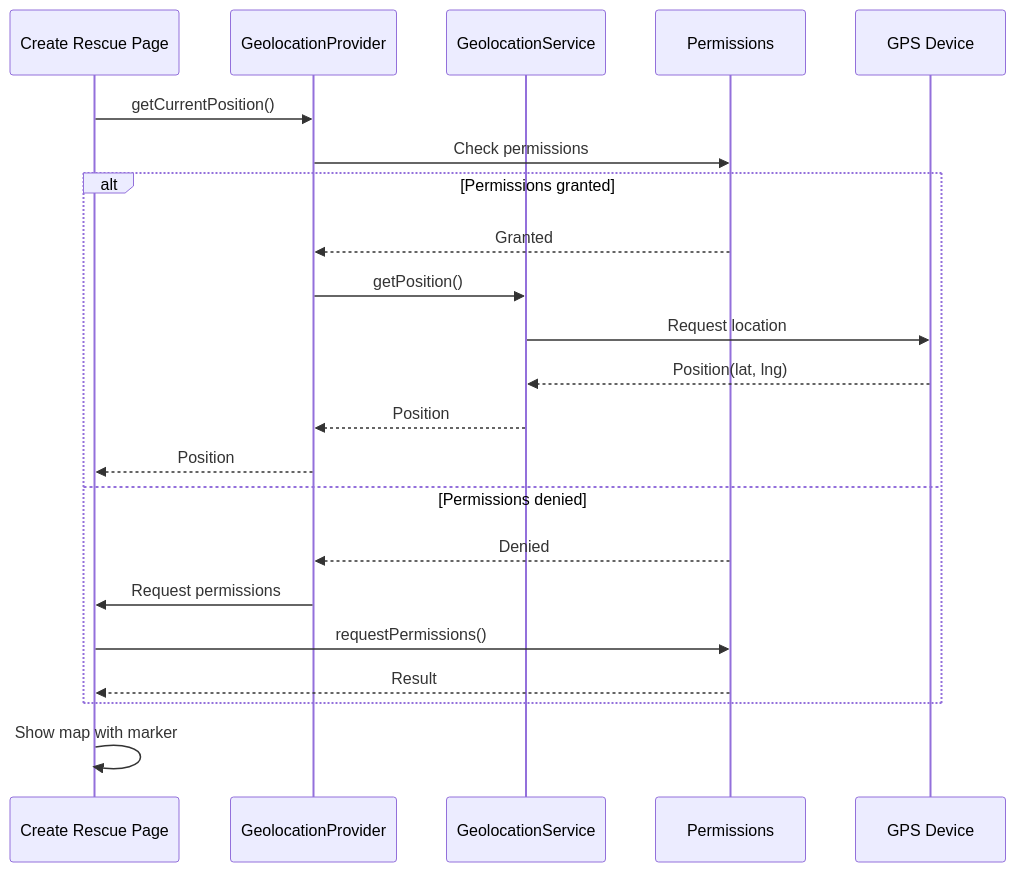
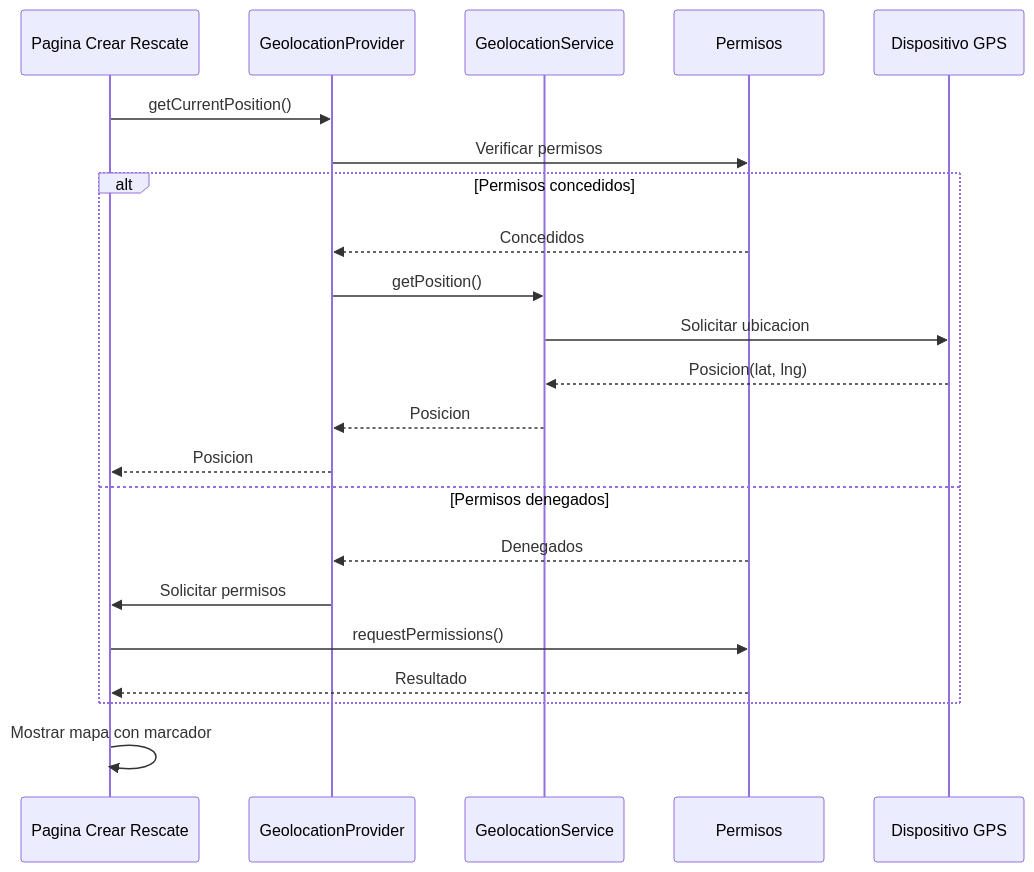
The fourth of 6 diagrams in docs/content/docs/mobile/features.md (altrupets/monorepo), drawn with Mermaid before and after one commit. The commit also changed other lines of this file and 4 other files, not shown here.

First line of the commit message:
fix(docs): simplify Mermaid diagrams to resolve rendering errors

````diff
--- a/docs/content/docs/mobile/features.md
+++ b/docs/content/docs/mobile/features.md
@@ -417,27 +417,27 @@
 ```mermaid
 sequenceDiagram
-    participant UI as Create Rescue Page
+    participant UI as Pagina Crear Rescate
     participant GP as GeolocationProvider
     participant GS as GeolocationService
-    participant Perm as Permissions
-    participant GPS as GPS Device
-    
+    participant Perm as Permisos
+    participant GPS as Dispositivo GPS
+
     UI->>GP: getCurrentPosition()
-    GP->>Perm: Check permissions
-    
-    alt Permissions granted
-        Perm-->>GP: Granted
+    GP->>Perm: Verificar permisos
+
+    alt Permisos concedidos
+        Perm-->>GP: Concedidos
         GP->>GS: getPosition()
-        GS->>GPS: Request location
-        GPS-->>GS: Position(lat, lng)
-        GS-->>GP: Position
-        GP-->>UI: Position
-    else Permissions denied
-        Perm-->>GP: Denied
-        GP->>UI: Request permissions
+        GS->>GPS: Solicitar ubicacion
+        GPS-->>GS: Posicion(lat, lng)
+        GS-->>GP: Posicion
+        GP-->>UI: Posicion
+    else Permisos denegados
+        Perm-->>GP: Denegados
+        GP->>UI: Solicitar permisos
         UI->>Perm: requestPermissions()
-        Perm-->>UI: Result
+        Perm-->>UI: Resultado
     end
-    
-    UI->>UI: Show map with marker
+
+    UI->>UI: Mostrar mapa con marcador
 ```
````
